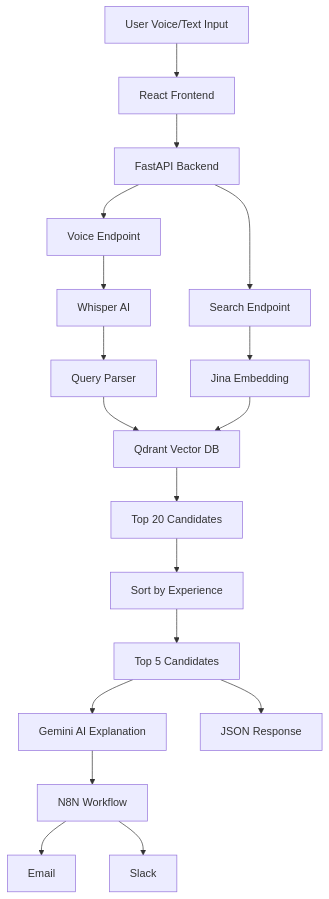
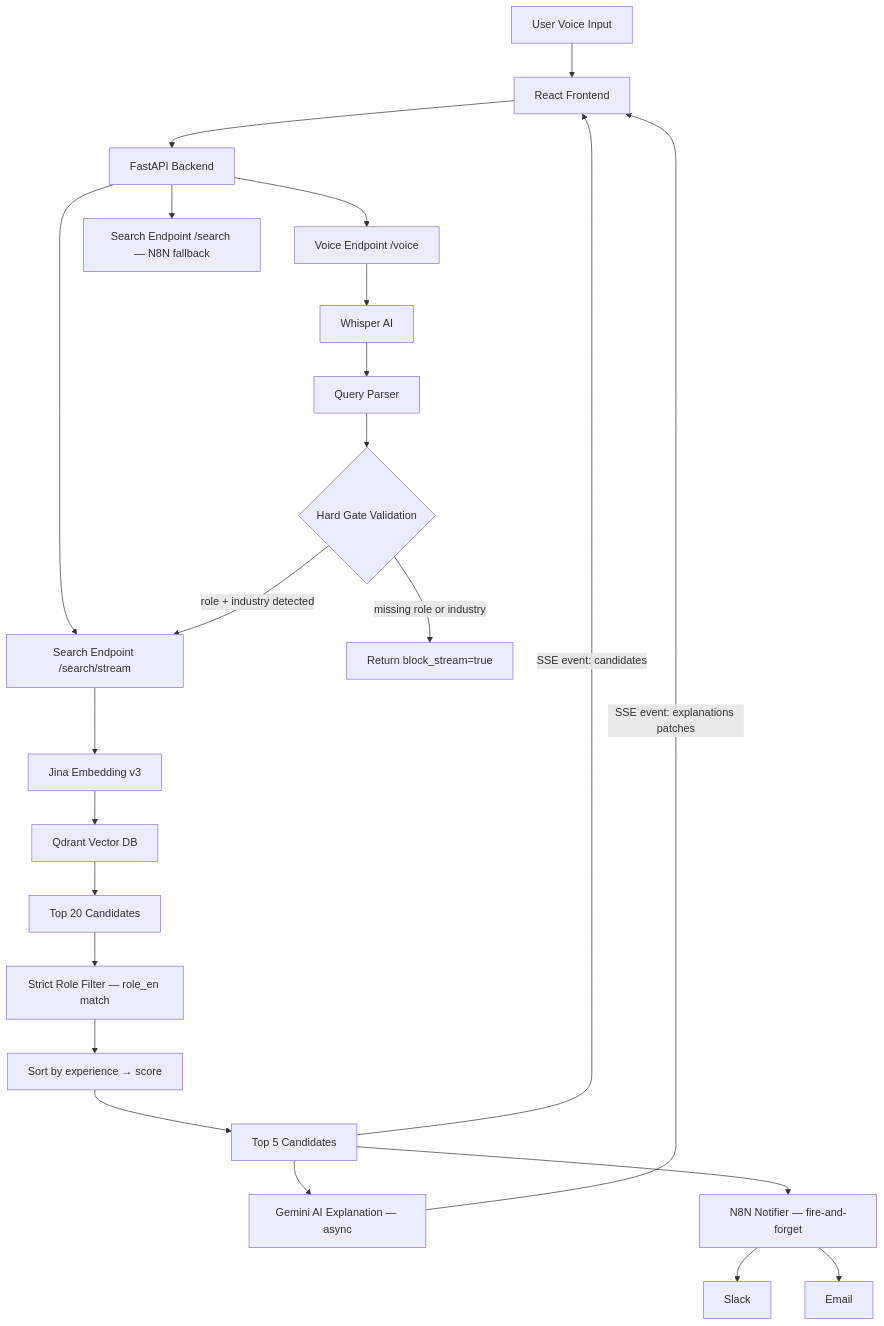
One commit to nngo23/Implementing-IoT-Pipeline changed the first of 3 diagrams in Candidate_Search_System/docs/ARCHITECTURE.md. Above: the diagram before and after it, drawn with Mermaid. The commit also changed other lines of this file and 22 other files, not shown here.

Commit message:
Update voice/search pipeline and UI fixes

````diff
--- a/Candidate_Search_System/docs/ARCHITECTURE.md
+++ b/Candidate_Search_System/docs/ARCHITECTURE.md
@@ -9,32 +11,33 @@
 ```mermaid
 flowchart TD
-    A[User Voice/Text Input] --> B[React Frontend]
+    A[User Voice Input] --> B[React Frontend]
 
     B --> C[FastAPI Backend]
 
-    C --> D1[Voice Endpoint]
-    C --> D2[Search Endpoint]
+    C --> D1[Voice Endpoint /voice]
+    C --> D2[Search Endpoint /search/stream]
+    C --> D3[Search Endpoint /search — N8N fallback]
 
     D1 --> E[Whisper AI]
     E --> F[Query Parser]
+    F --> G{Hard Gate Validation}
 
-    D2 --> G[Jina Embedding]
+    G -->|role + industry detected| D2
+    G -->|missing role or industry| H[Return block_stream=true]
 
-    F --> H[Qdrant Vector DB]
-    G --> H
+    D2 --> I[Jina Embedding v3]
+    I --> J[Qdrant Vector DB]
 
-    H --> I[Top 20 Candidates]
+    J --> K[Top 20 Candidates]
+    K --> L[Strict Role Filter — role_en match]
+    L --> M[Sort by experience → score]
+    M --> N[Top 5 Candidates]
 
-    I --> J[Sort by Experience]
+    N -->|SSE event: candidates| B
+    N --> O[Gemini AI Explanation — async]
+    N --> P[N8N Notifier — fire-and-forget]
 
-    J --> K[Top 5 Candidates]
-
-    K --> L[Gemini AI Explanation]
-
-    L --> M[N8N Workflow]
-
-    M --> N1[Email]
-    M --> N2[Slack]
-
-    K --> O[JSON Response]
+    O -->|SSE event: explanations patches| B
+    P --> Q1[Slack]
+    P --> Q2[Email]
 ```
````
